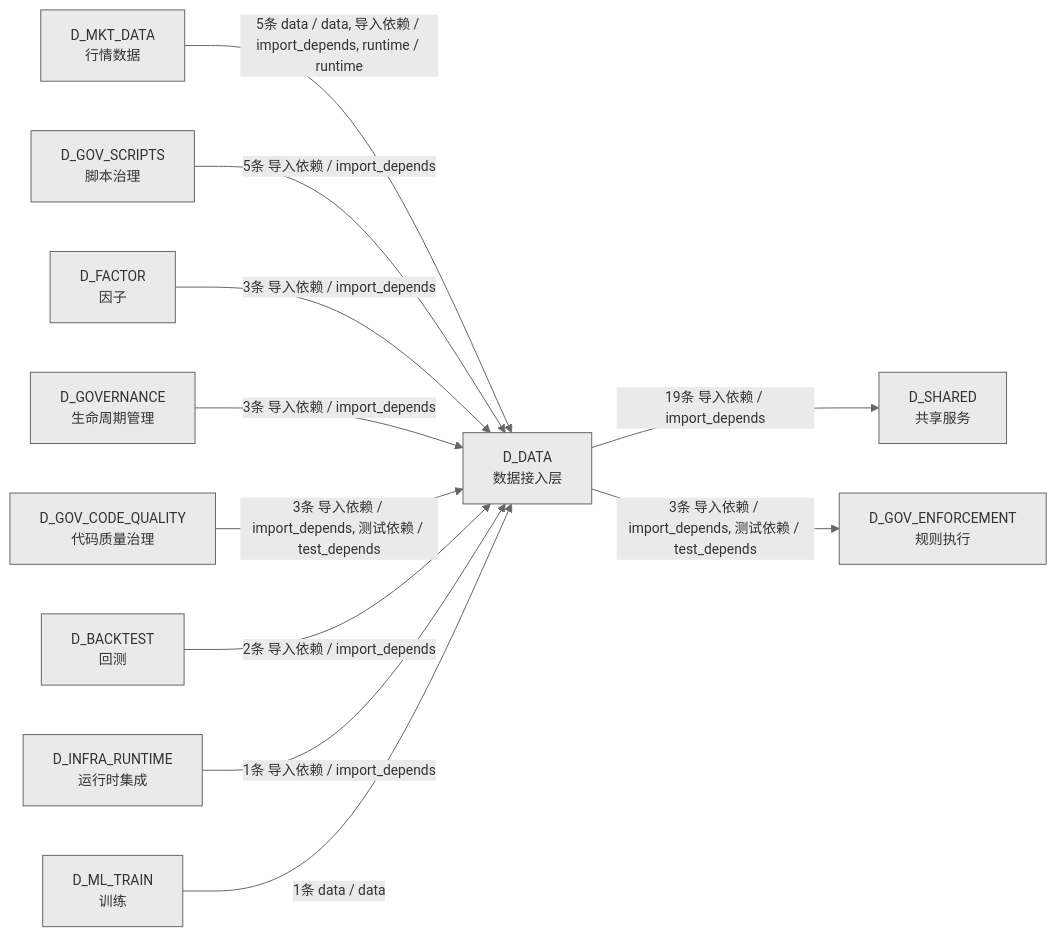
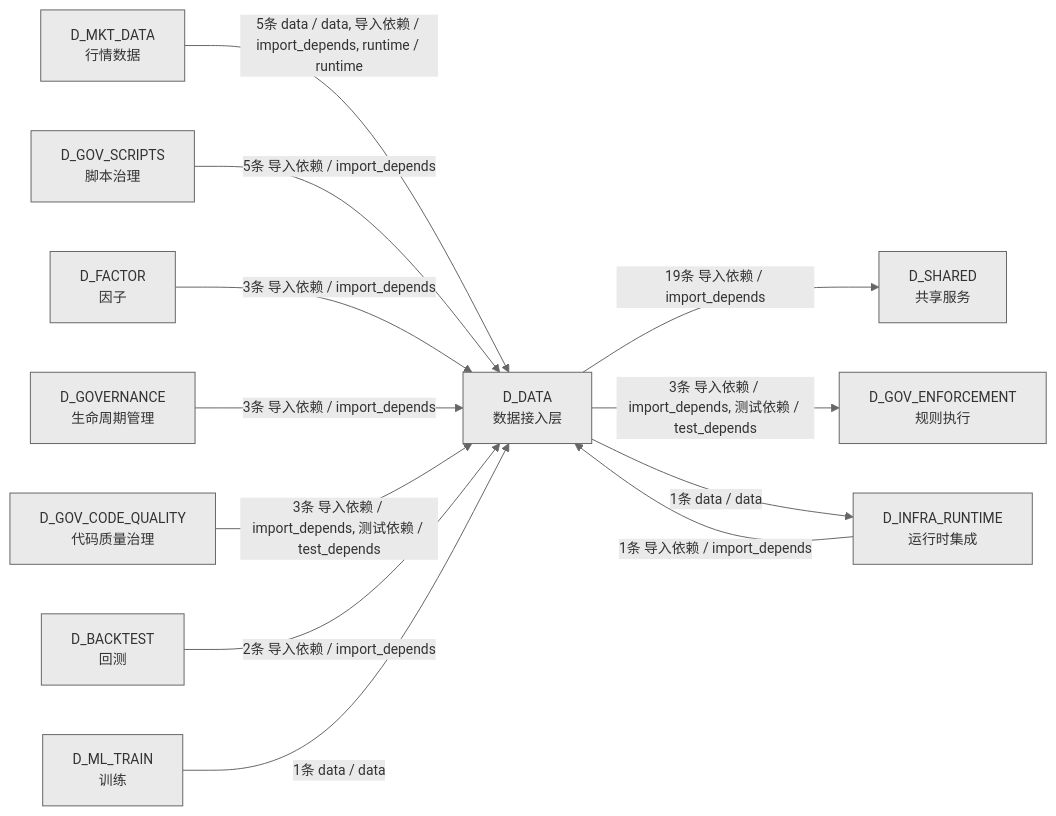
Before and after one commit to xuanFelixVan/ZephyrAlpha: the fourth of 4 diagrams in docs/02_enterprise_architecture/02_domain_architecture_docs/11_d_data.md, drawn with Mermaid. The commit also changed other lines of this file and 41 other files, not shown here.

````diff
--- a/docs/02_enterprise_architecture/02_domain_architecture_docs/11_d_data.md
+++ b/docs/02_enterprise_architecture/02_domain_architecture_docs/11_d_data.md
@@ -1368,25 +1370,26 @@
 ```mermaid
 %%{init: {'theme': 'base', 'themeVariables': {'primaryColor': '#eaeaea', 'primaryTextColor': '#333333', 'primaryBorderColor': '#666666', 'lineColor': '#666666', 'secondaryColor': '#eaeaea', 'tertiaryColor': '#eaeaea', 'fontSize': '14px'}}}%%
 graph LR
     D_DATA["D_DATA<br/>数据接入层"]
     D_SHARED["D_SHARED<br/>共享服务"]
     D_GOV_ENFORCEMENT["D_GOV_ENFORCEMENT<br/>规则执行"]
+    D_INFRA_RUNTIME["D_INFRA_RUNTIME<br/>运行时集成"]
     D_MKT_DATA["D_MKT_DATA<br/>行情数据"]
     D_GOV_SCRIPTS["D_GOV_SCRIPTS<br/>脚本治理"]
     D_FACTOR["D_FACTOR<br/>因子"]
     D_GOVERNANCE["D_GOVERNANCE<br/>生命周期管理"]
     D_GOV_CODE_QUALITY["D_GOV_CODE_QUALITY<br/>代码质量治理"]
     D_BACKTEST["D_BACKTEST<br/>回测"]
-    D_INFRA_RUNTIME["D_INFRA_RUNTIME<br/>运行时集成"]
     D_ML_TRAIN["D_ML_TRAIN<br/>训练"]
     D_DATA -->|19条 导入依赖 / import_depends| D_SHARED
     D_DATA -->|3条 导入依赖 / import_depends, 测试依赖 / test_depends| D_GOV_ENFORCEMENT
+    D_DATA -->|1条 data / data| D_INFRA_RUNTIME
     D_MKT_DATA -->|5条 data / data, 导入依赖 / import_depends, runtime / runtime| D_DATA
     D_GOV_SCRIPTS -->|5条 导入依赖 / import_depends| D_DATA
     D_FACTOR -->|3条 导入依赖 / import_depends| D_DATA
     D_GOVERNANCE -->|3条 导入依赖 / import_depends| D_DATA
     D_GOV_CODE_QUALITY -->|3条 导入依赖 / import_depends, 测试依赖 / test_depends| D_DATA
     D_BACKTEST -->|2条 导入依赖 / import_depends| D_DATA
     D_INFRA_RUNTIME -->|1条 导入依赖 / import_depends| D_DATA
     D_ML_TRAIN -->|1条 data / data| D_DATA
 ```
````
